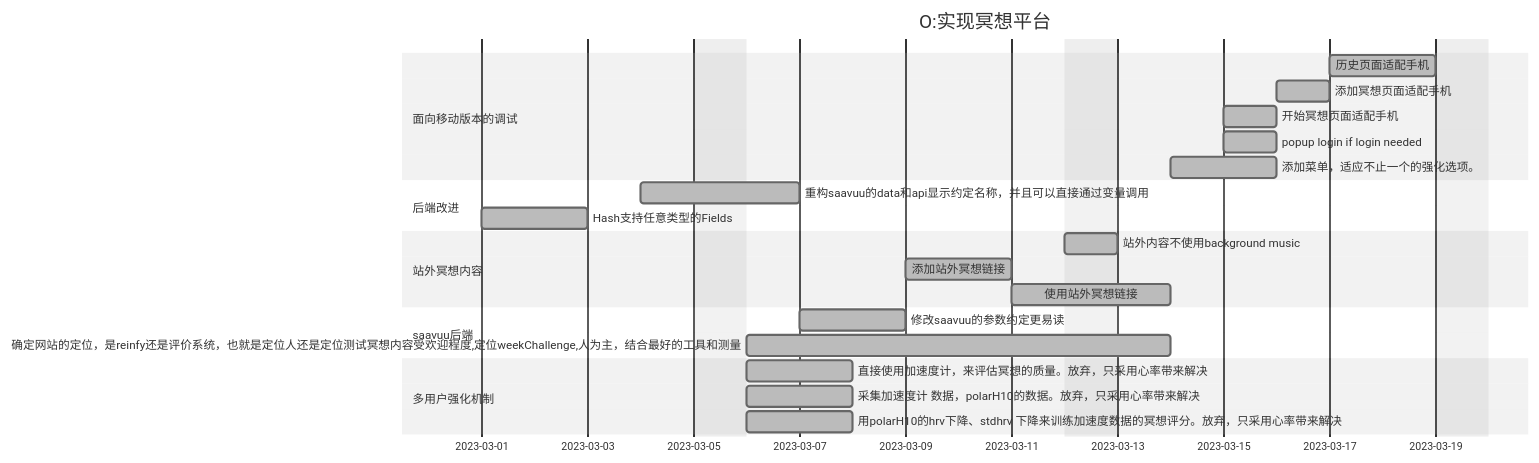
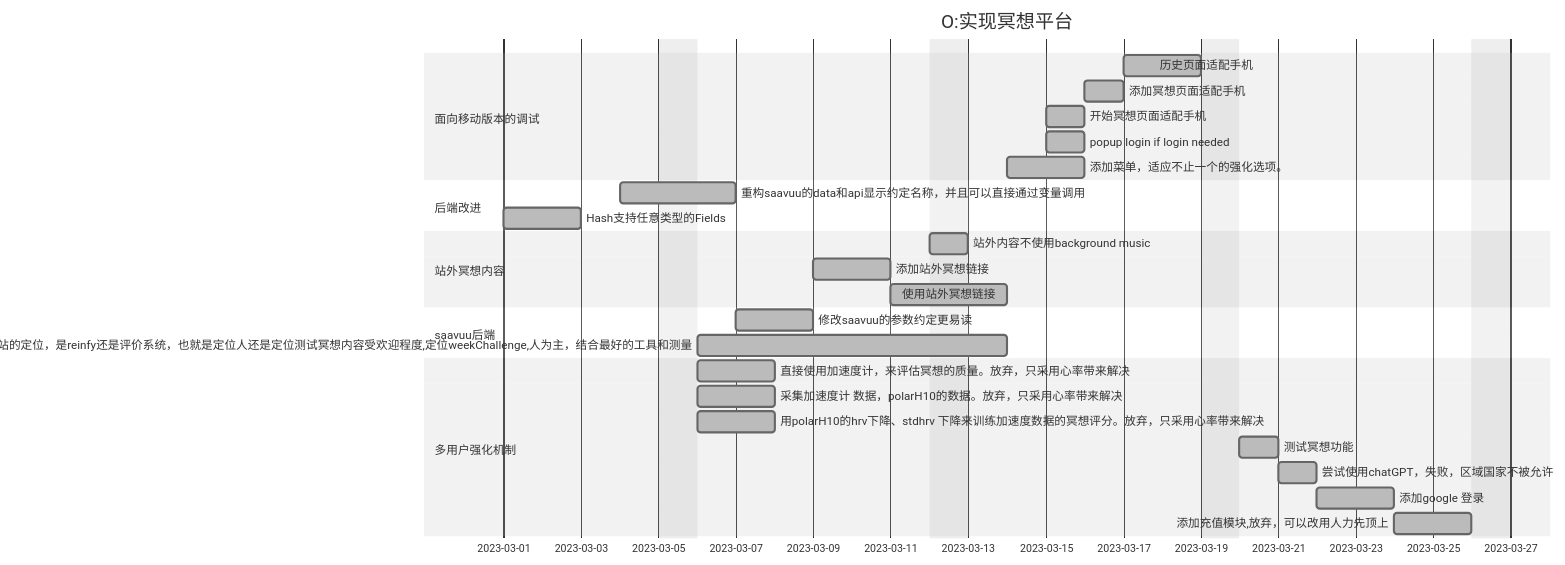
One commit to yangkequn/ykq.github.io changed the diagram in content/okr/2023-03-Reinfy-meditation.md. Above: the diagram before and after it, drawn with Mermaid (neutral theme). The commit also changed 24 other files, not shown here.

````diff
--- a/content/okr/2023-03-Reinfy-meditation.md
+++ b/content/okr/2023-03-Reinfy-meditation.md
@@ -7,33 +7,38 @@
 ``` mermaid
 gantt
     title O:实现冥想平台
     dateFormat  YYYY-MM-DD
     excludes    sunday
 
     section 面向移动版本的调试
     历史页面适配手机:done,2023-03-17,2d
     添加冥想页面适配手机:done,2023-03-16,1d
     开始冥想页面适配手机:done,2023-03-15,1d
     popup login if login needed:done,2023-03-15,1d
     添加菜单，适应不止一个的强化选项。:done,2023-03-14,2d
     
     section 后端改进
     重构saavuu的data和api显示约定名称，并且可以直接通过变量调用:done,2023-03-04,2d
     Hash支持任意类型的Fields:done,2023-03-01,2d
 
     section 站外冥想内容
     站外内容不使用background music:done,2023-03-12,1d
     添加站外冥想链接:done,2023-03-09,2d
     使用站外冥想链接:done,2023-03-011,2d
 
     section saavuu后端
     修改saavuu的参数约定更易读:done,2023-03-07,2d
 
     确定网站的定位，是reinfy还是评价系统，也就是定位人还是定位测试冥想内容受欢迎程度,定位weekChallenge,人为主，结合最好的工具和测量:done,2023-03-06,7d
     
     section 多用户强化机制
     直接使用加速度计，来评估冥想的质量。放弃，只采用心率带来解决:done,2023-03-06,2d
     采集加速度计 数据，polarH10的数据。放弃，只采用心率带来解决:done,2023-03-06,2d
     用polarH10的hrv下降、stdhrv 下降来训练加速度数据的冥想评分。放弃，只采用心率带来解决:done,2023-03-06,2d
+
+    测试冥想功能: done,2023-03-20,1d
+    尝试使用chatGPT，失败，区域国家不被允许:done,2023-03-21,1d
+    添加google 登录:done,2023-03-22,2d
+    添加充值模块,放弃，可以改用人力先顶上:done,2023-03-24,2d
     
 ```
````
